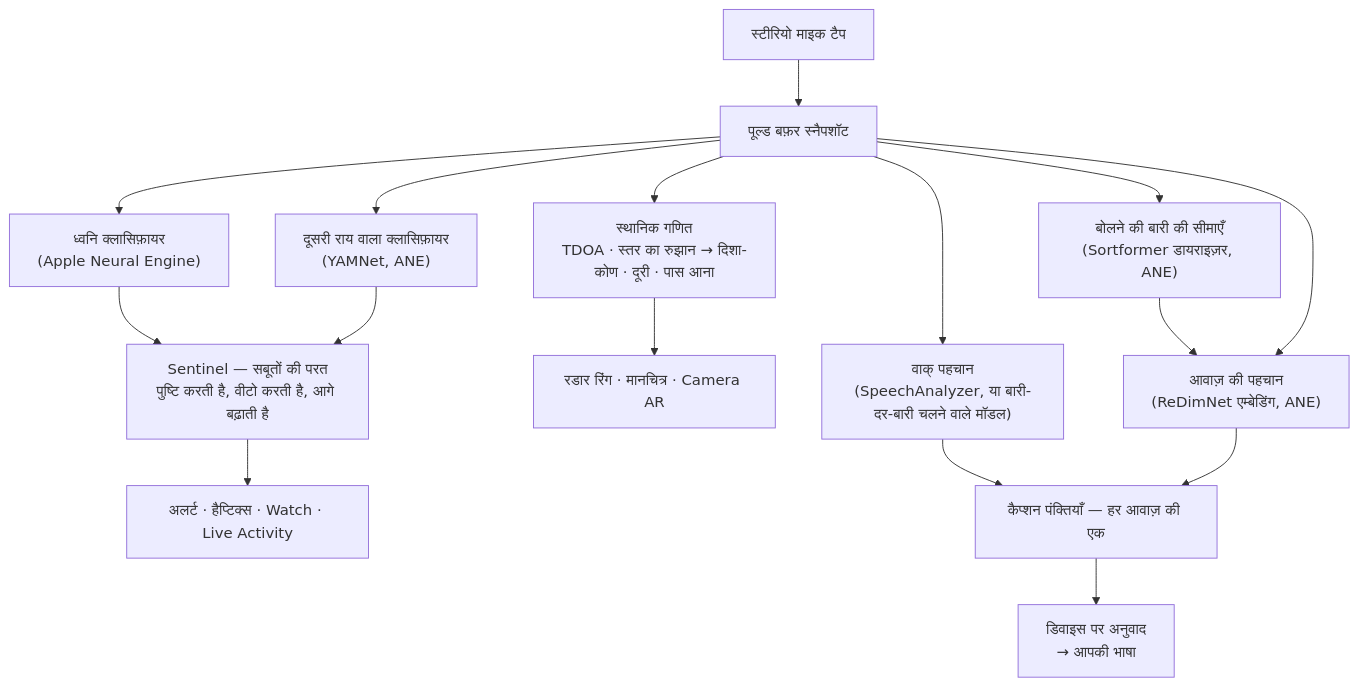
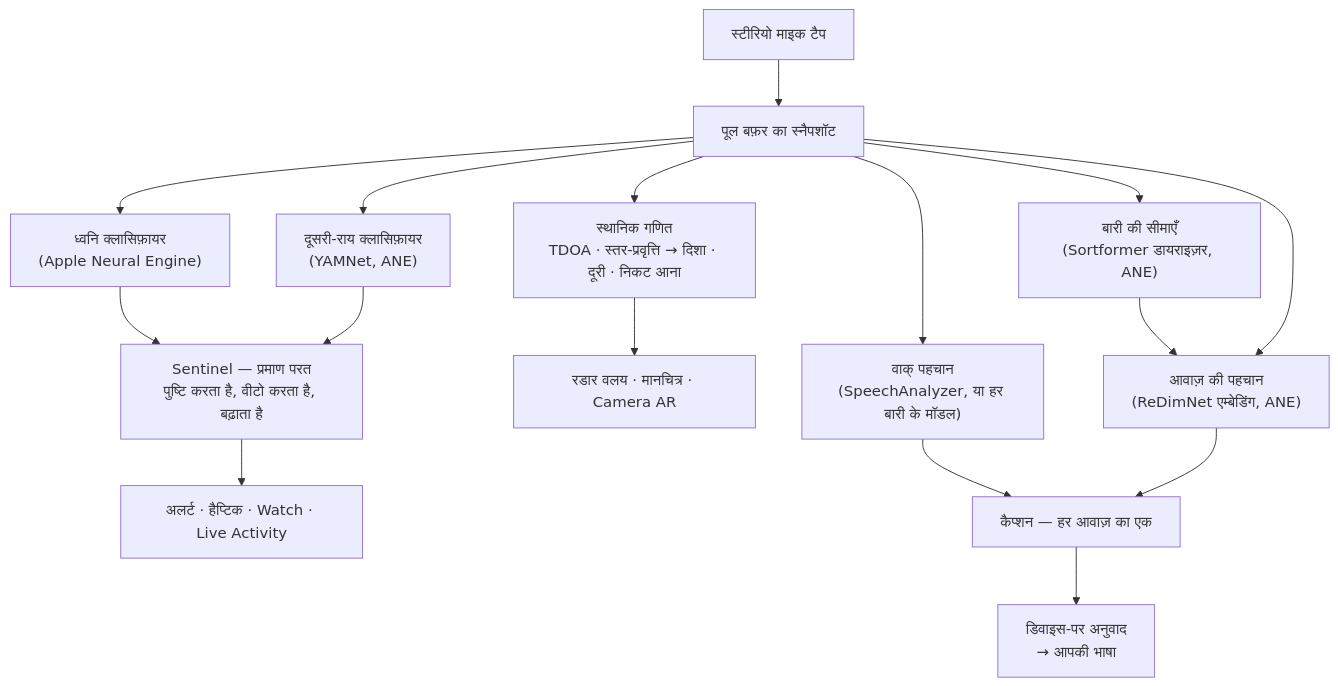
Before and after one commit to rpalm01-star/VigilantEarLegal: the second of 4 diagrams in README_hi.md, drawn with Mermaid. The commit also changed other lines of this file and 14 other files, not shown here.

````diff
--- a/README_hi.md
+++ b/README_hi.md
@@ -145,18 +180,18 @@
 ```mermaid
 graph TD
-    A["स्टीरियो माइक टैप"] --> B["पूल्ड बफ़र स्नैपशॉट"]
+    A["स्टीरियो माइक टैप"] --> B["पूल बफ़र का स्नैपशॉट"]
     B --> C["ध्वनि क्लासिफ़ायर<br/>(Apple Neural Engine)"]
-    B --> Y["दूसरी राय वाला क्लासिफ़ायर<br/>(YAMNet, ANE)"]
-    C --> S["Sentinel — सबूतों की परत<br/>पुष्टि करती है, वीटो करती है, आगे बढ़ाती है"]
+    B --> Y["दूसरी-राय क्लासिफ़ायर<br/>(YAMNet, ANE)"]
+    C --> S["Sentinel — प्रमाण परत<br/>पुष्टि करता है, वीटो करता है, बढ़ाता है"]
     Y --> S
-    S --> H["अलर्ट · हैप्टिक्स · Watch · Live Activity"]
-    B --> D["स्थानिक गणित<br/>TDOA · स्तर का रुझान → दिशा-कोण · दूरी · पास आना"]
-    D --> R["रडार रिंग · मानचित्र · Camera AR"]
-    B --> F["वाक् पहचान<br/>(SpeechAnalyzer, या बारी-दर-बारी चलने वाले मॉडल)"]
-    B --> N["बोलने की बारी की सीमाएँ<br/>(Sortformer डायराइज़र, ANE)"]
+    S --> H["अलर्ट · हैप्टिक · Watch · Live Activity"]
+    B --> D["स्थानिक गणित<br/>TDOA · स्तर-प्रवृत्ति → दिशा · दूरी · निकट आना"]
+    D --> R["रडार वलय · मानचित्र · Camera AR"]
+    B --> F["वाक् पहचान<br/>(SpeechAnalyzer, या हर बारी के मॉडल)"]
+    B --> N["बारी की सीमाएँ<br/>(Sortformer डायराइज़र, ANE)"]
     N --> E["आवाज़ की पहचान<br/>(ReDimNet एम्बेडिंग, ANE)"]
     B --> E
-    F --> G["कैप्शन पंक्तियाँ — हर आवाज़ की एक"]
+    F --> G["कैप्शन — हर आवाज़ का एक"]
     E --> G
-    G --> T["डिवाइस पर अनुवाद<br/>→ आपकी भाषा"]
+    G --> T["डिवाइस-पर अनुवाद<br/>→ आपकी भाषा"]
 ```
````
